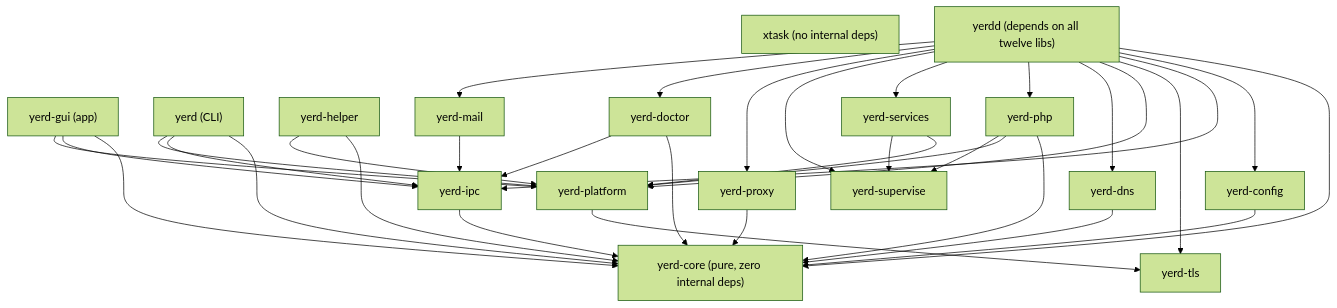
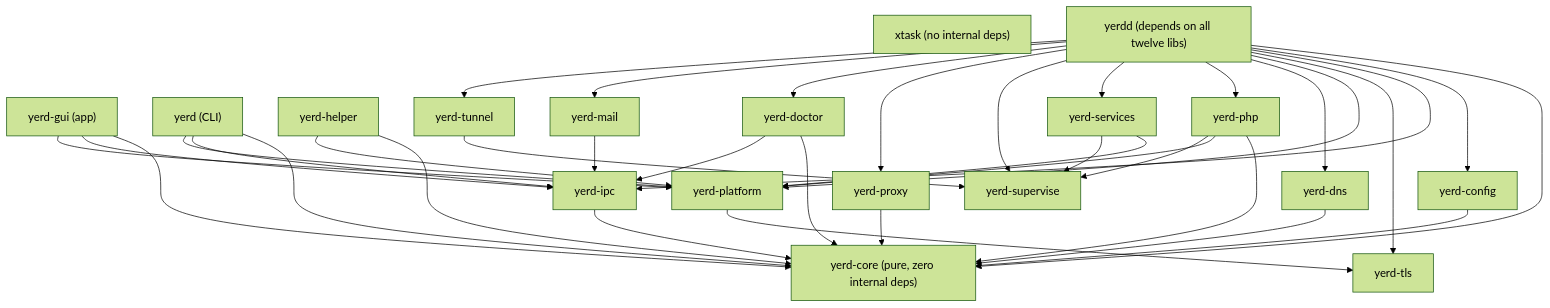
The diagram in docs/developer/crates.md (forjedio/yerd), drawn with Mermaid (forest theme) before and after one commit. The commit also changed other lines of this file and 13 other files, not shown here.

````diff
--- a/docs/developer/crates.md
+++ b/docs/developer/crates.md
@@ -71,59 +72,62 @@
 ```mermaid
 flowchart TD
     gui["yerd-gui (app)"]
     xtask["xtask (no internal deps)"]
     yerd["yerd (CLI)"]
     yerdd["yerdd (depends on all twelve libs)"]
     helper["yerd-helper"]
 
     ipc["yerd-ipc"]
     config["yerd-config"]
     dns["yerd-dns"]
     proxy["yerd-proxy"]
     php["yerd-php"]
     services["yerd-services"]
     supervise["yerd-supervise"]
     doctor["yerd-doctor"]
     tls["yerd-tls"]
     platform["yerd-platform"]
     mail["yerd-mail"]
+    tunnel["yerd-tunnel"]
     core["yerd-core (pure, zero internal deps)"]
 
     gui --> core
     gui --> ipc
     gui --> platform
 
     yerd --> core
     yerd --> ipc
     yerd --> platform
 
     helper --> core
     helper --> platform
 
     yerdd --> core
     yerdd --> config
     yerdd --> ipc
     yerdd --> tls
     yerdd --> platform
     yerdd --> dns
     yerdd --> php
     yerdd --> services
     yerdd --> supervise
     yerdd --> proxy
     yerdd --> doctor
     yerdd --> mail
+    yerdd --> tunnel
 
     ipc --> core
     config --> core
     dns --> core
     proxy --> core
     doctor --> core
     doctor --> ipc
     mail --> ipc
     php --> core
     php --> platform
     php --> supervise
     services --> platform
     services --> supervise
+    tunnel --> supervise
     platform --> tls
 ```
````
